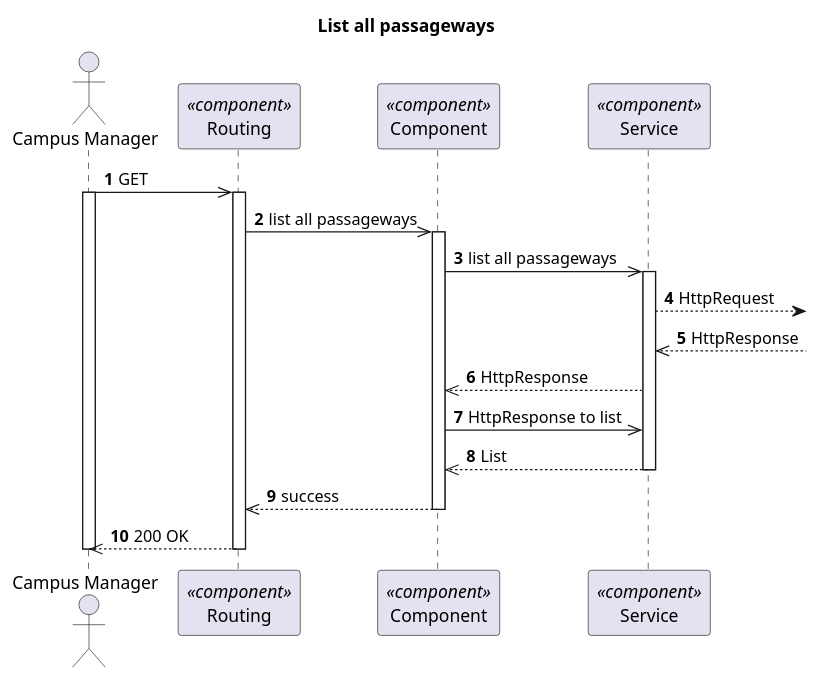
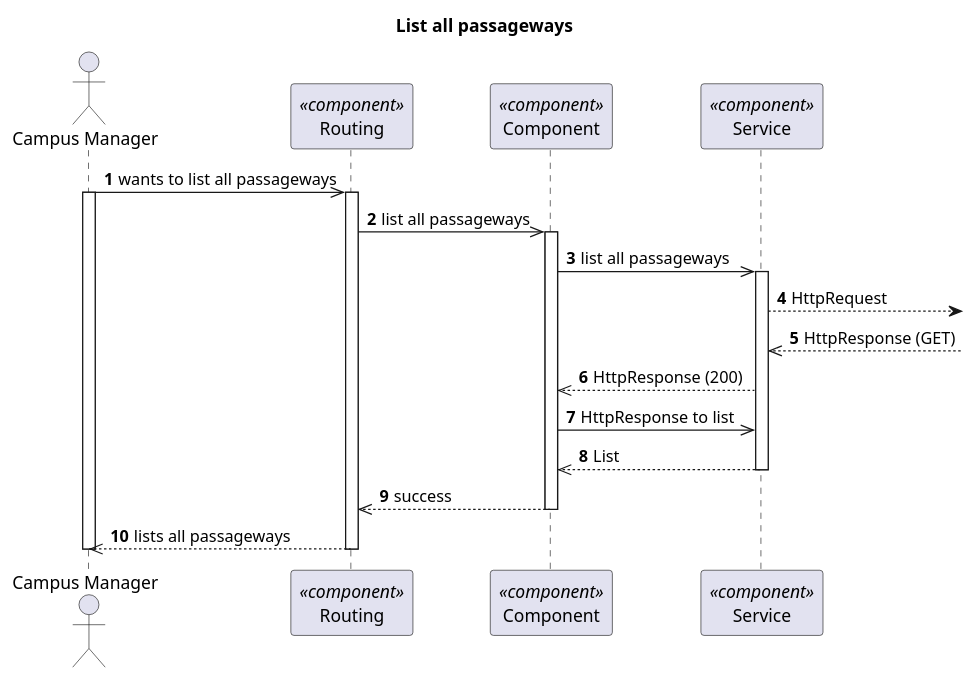
One commit to 1210910/lapr5 changed the diagram in docs/VistaProcesso/US260(1190)/Visualization/ProcessView_Level3_US1190.puml. Above: the diagram before and after it, drawn with PlantUML. The commit also changed 13 other files, not shown here.

Commit message:
Diagrams fix (last commit bug)

```diff
--- a/docs/VistaProcesso/US260(1190)/Visualization/ProcessView_Level3_US1190.puml
+++ b/docs/VistaProcesso/US260(1190)/Visualization/ProcessView_Level3_US1190.puml
@@ -1,38 +1,38 @@
 @startuml Process View - Level 3 - List all passageways
 'https://plantuml.com/sequence-diagram
 
 autonumber
 skinparam packageStyle rect
 
 title List all passageways
 
 actor "Campus Manager" as CM
 participant "Routing" as routing <<component>>
 participant "Component" as comp <<component>>
 participant "Service" as service <<component>>
 
 
-CM->> routing : GET
+CM->> routing : wants to list all passageways
 activate CM
 activate routing
 routing ->> comp : list all passageways
 
 activate comp
 comp ->> service : list all passageways
 
 activate service
 service --> : HttpRequest
-service<<--  : HttpResponse
-comp <<-- service : HttpResponse
+service<<--  : HttpResponse (GET)
+comp <<-- service : HttpResponse (200)
 comp ->> service: HttpResponse to list
 comp <<-- service : List
 deactivate service
 
 comp -->> routing : success
 deactivate comp
 
-CM<<-- routing : 200 OK
+CM<<-- routing : lists all passageways
 deactivate routing
 deactivate CM
 
 @enduml
```
